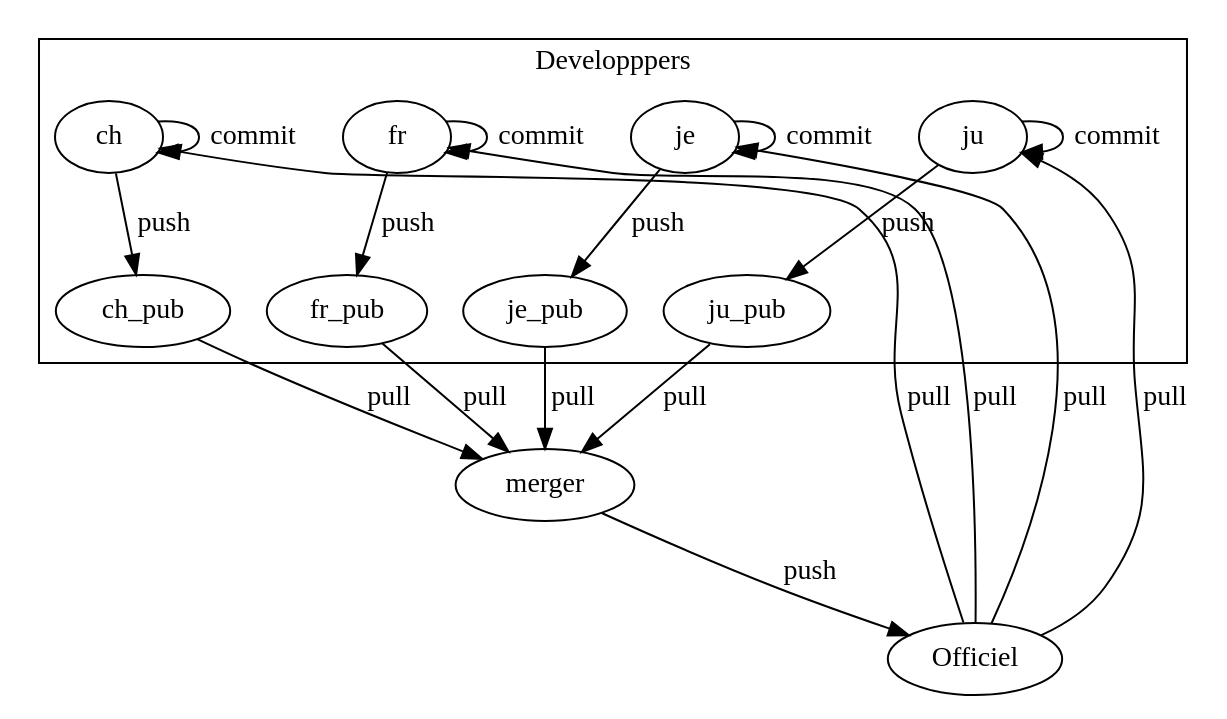
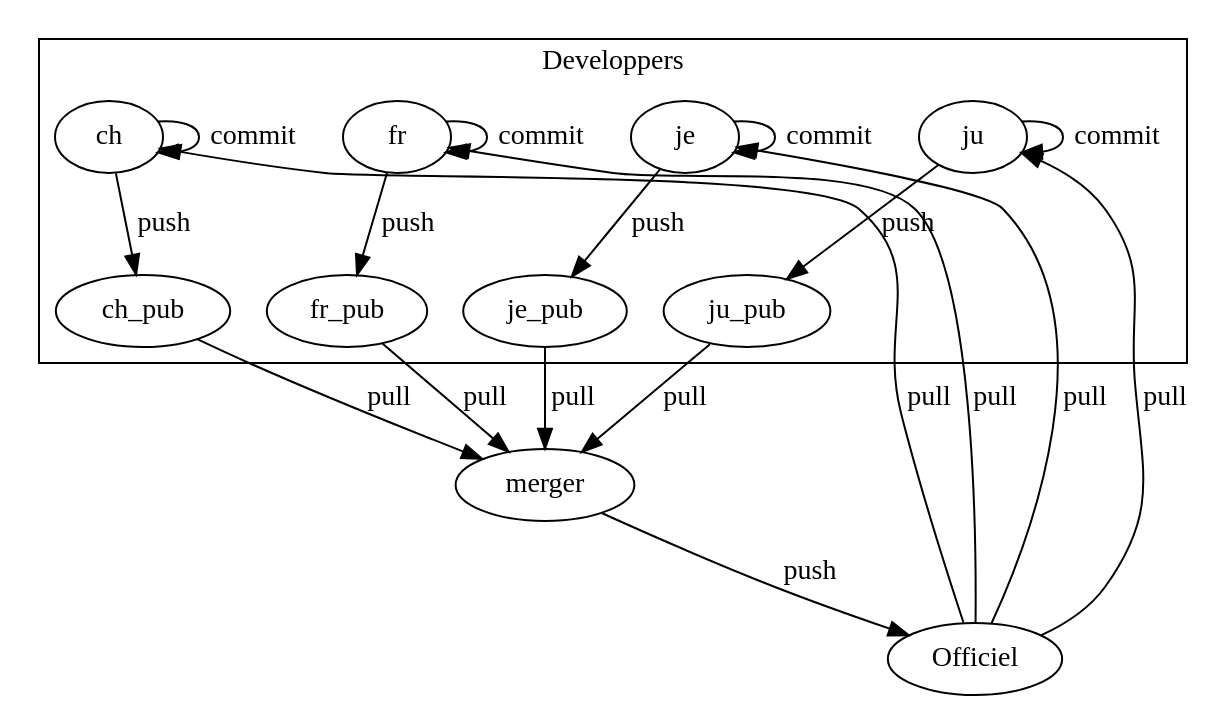
The diagram in hg.dot (Christophe31/jjhecdriverschool), drawn with Graphviz before and after one commit. The commit also changed 333 other files, not shown here.

```diff
--- a/hg.dot
+++ b/hg.dot
@@ -1,22 +1,22 @@
 strict digraph {
         subgraph cluster1 {
-                label="Developppers";
+                label="Developpers";
                 ch -> ch_pub     [label=push];
                 fr -> fr_pub     [label=push];
                 je -> je_pub     [label=push];
                 ju -> ju_pub     [label=push];
                 ch -> ch     [label=commit];
                 fr -> fr     [label=commit];
                 je -> je     [label=commit];
                 ju -> ju     [label=commit];
         }
                 ch_pub -> merger         [label=pull];
                 fr_pub -> merger         [label=pull];
                 je_pub -> merger         [label=pull];
                 ju_pub -> merger         [label=pull];
                 merger -> Officiel       [label=push];
                 Officiel -> ch   [label=pull];
                 Officiel -> fr   [label=pull];
                 Officiel -> je   [label=pull];
                 Officiel -> ju   [label=pull];
 }
```
